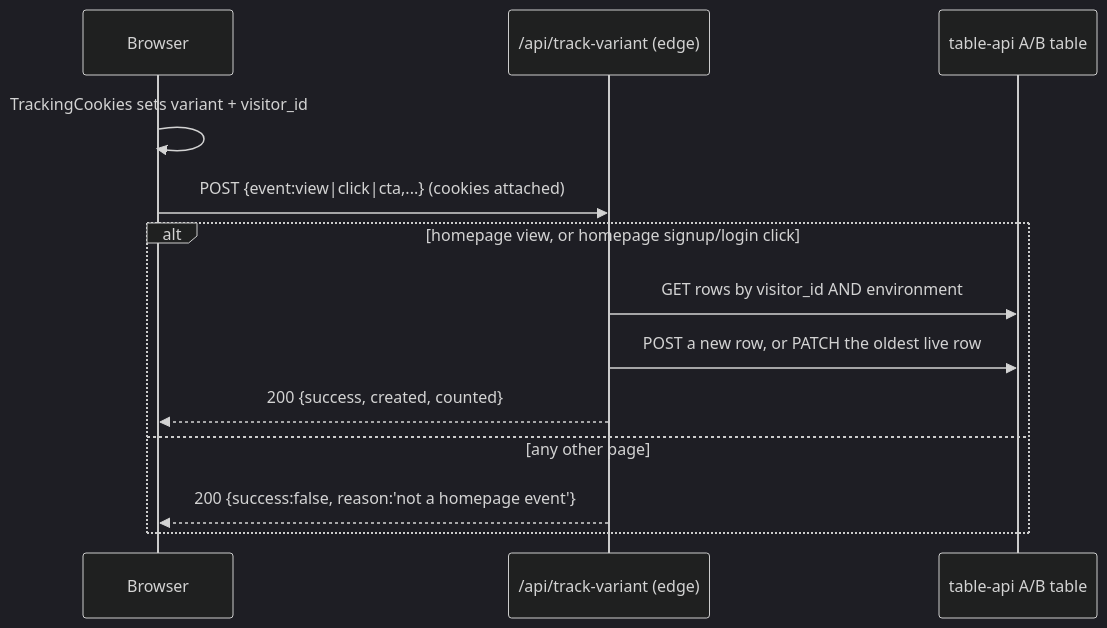
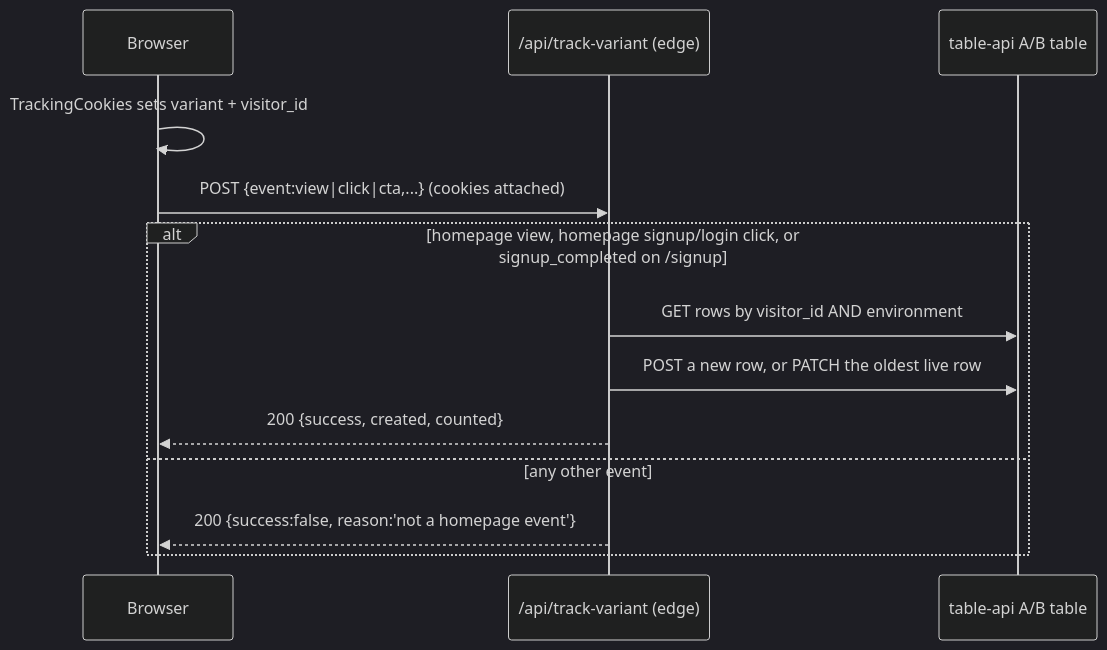
The diagram in docs/CONTRACTS.md (Walkover-Web-Solution/viasocket), drawn with Mermaid (dark theme) before and after one commit. The commit also changed other lines of this file and 15 other files, not shown here.

First line of the commit message:
Signup: record a completed /signup registration per homepage version

````diff
--- a/docs/CONTRACTS.md
+++ b/docs/CONTRACTS.md
@@ -92,15 +92,15 @@
 ```mermaid
 sequenceDiagram
     participant B as Browser
     participant R as /api/track-variant (edge)
     participant T as table-api A/B table
     B->>B: TrackingCookies sets variant + visitor_id
     B->>R: POST {event:view|click|cta,...} (cookies attached)
-    alt homepage view, or homepage signup/login click
+    alt homepage view, homepage signup/login click, or signup_completed on /signup
         R->>T: GET rows by visitor_id AND environment
         R->>T: POST a new row, or PATCH the oldest live row
         R-->>B: 200 {success, created, counted}
-    else any other page
+    else any other event
         R-->>B: 200 {success:false, reason:'not a homepage event'}
     end
 ```
````
